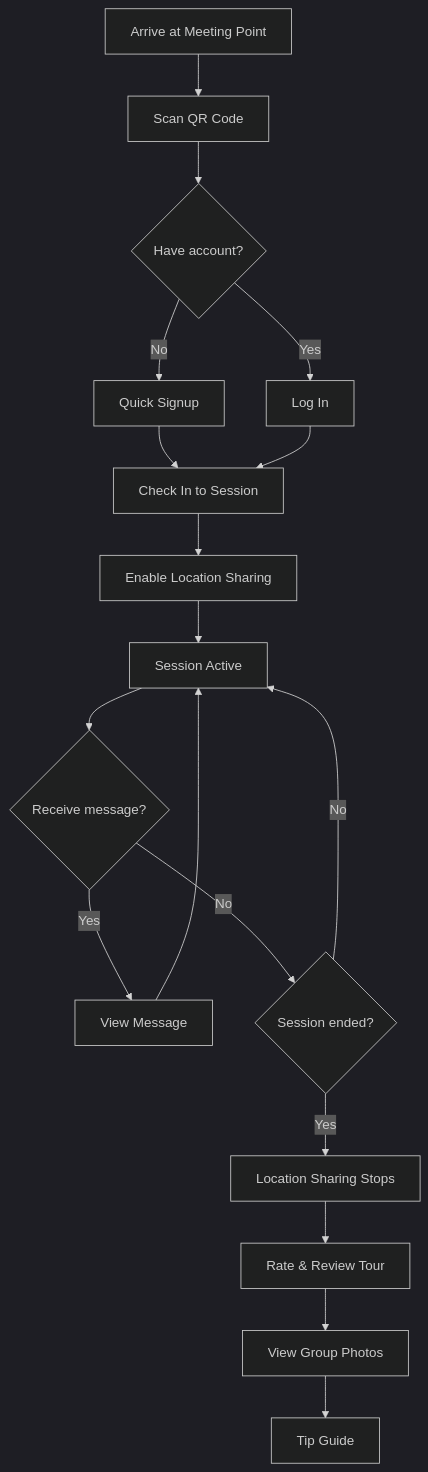
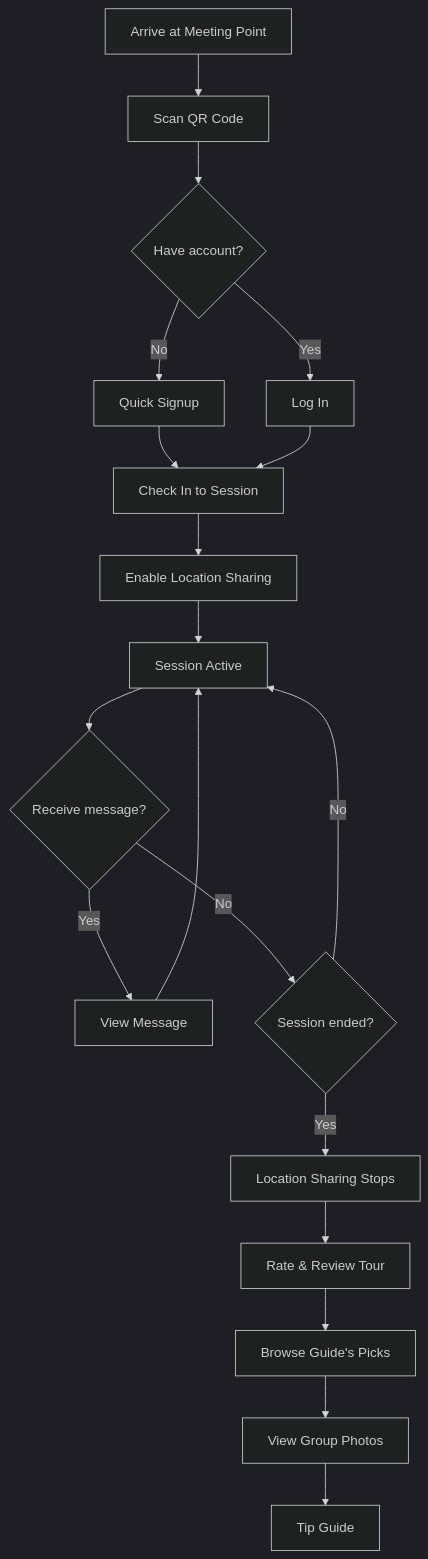
The second of 3 diagrams in 1_product_overview.md (wariya-placehub/triptoe-docs), drawn with Mermaid (dark theme) before and after one commit. The commit also changed other lines of this file and 2 other files, not shown here.

First line of the commit message:
Document Guide's Picks feature, post-tour tabs, and deletion constraints

````diff
--- a/1_product_overview.md
+++ b/1_product_overview.md
@@ -85,20 +87,21 @@
 ```mermaid
 flowchart TD
     A[Arrive at Meeting Point] --> B[Scan QR Code]
     B --> C{Have account?}
     C -->|No| D[Quick Signup]
     C -->|Yes| E[Log In]
     D --> F[Check In to Session]
     E --> F
     F --> G[Enable Location Sharing]
     G --> H[Session Active]
     H --> I{Receive message?}
     I -->|Yes| J[View Message]
     J --> H
     I -->|No| K{Session ended?}
     K -->|No| H
     K -->|Yes| L[Location Sharing Stops]
     L --> M[Rate & Review Tour]
-    M --> N[View Group Photos]
-    N --> O[Tip Guide]
+    M --> N[Browse Guide's Picks]
+    N --> O[View Group Photos]
+    O --> P[Tip Guide]
 ```
````
